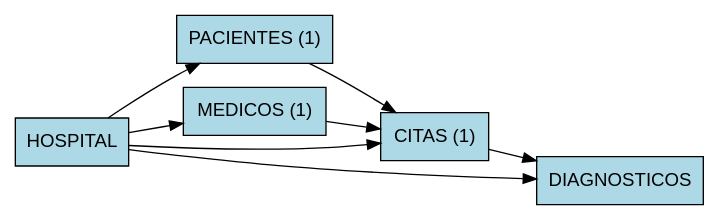
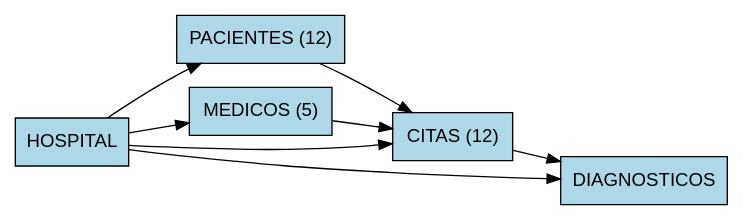
Before and after one commit to nova1809-xd/1S2026_LFPA_202300583: the diagram in Proyecto1/docs/diagrama.dot, drawn with Graphviz. The commit also changed 14 other files, not shown here.

```diff
--- a/Proyecto1/docs/diagrama.dot
+++ b/Proyecto1/docs/diagrama.dot
@@ -1,16 +1,16 @@
 digraph MedLexer {
   rankdir=LR;
   node [shape=box, style=filled, fillcolor=lightblue, fontname=Helvetica];
   HOSPITAL [label="HOSPITAL"];
-  PACIENTES [label="PACIENTES (1)"];
-  MEDICOS [label="MEDICOS (1)"];
-  CITAS [label="CITAS (1)"];
+  PACIENTES [label="PACIENTES (12)"];
+  MEDICOS [label="MEDICOS (5)"];
+  CITAS [label="CITAS (12)"];
   DIAGNOSTICOS [label="DIAGNOSTICOS"];
   HOSPITAL -> PACIENTES;
   HOSPITAL -> MEDICOS;
   HOSPITAL -> CITAS;
   HOSPITAL -> DIAGNOSTICOS;
   PACIENTES -> CITAS;
   MEDICOS -> CITAS;
   CITAS -> DIAGNOSTICOS;
 }
```
